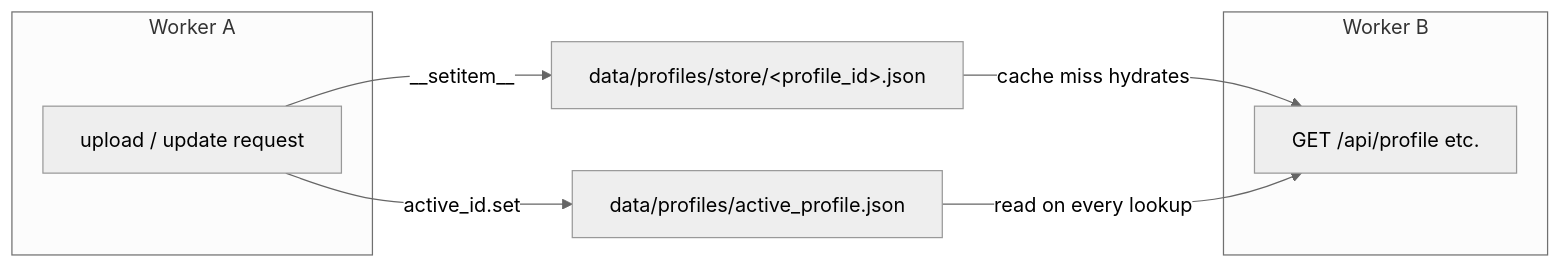
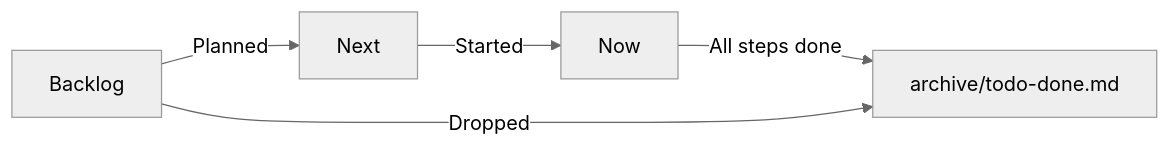
The first of 4 diagrams in tasks/todo.md (neoncircuit/job-raider), drawn with Mermaid (neutral theme) before and after one commit. The commit also changed other lines of this file and 3 other files, not shown here.

First line of the commit message:
chore(tasks): split todo.md into active list and archive

````diff
--- a/tasks/todo.md
+++ b/tasks/todo.md
@@ -2965,13 +7,7 @@
 ```mermaid
 flowchart LR
-    subgraph Worker A
-        UA[upload / update request]
-    end
-    subgraph Worker B
-        RB[GET /api/profile etc.]
-    end
-    UA -->|__setitem__| SF[data/profiles/store/&lt;profile_id&gt;.json]
-    UA -->|active_id.set| MK[data/profiles/active_profile.json]
-    SF -->|cache miss hydrates| RB
-    MK -->|read on every lookup| RB
+    B[Backlog] -->|Planned| N[Next]
+    N -->|Started| W[Now]
+    W -->|All steps done| A[archive/todo-done.md]
+    B -->|Dropped| A
 ```
````
